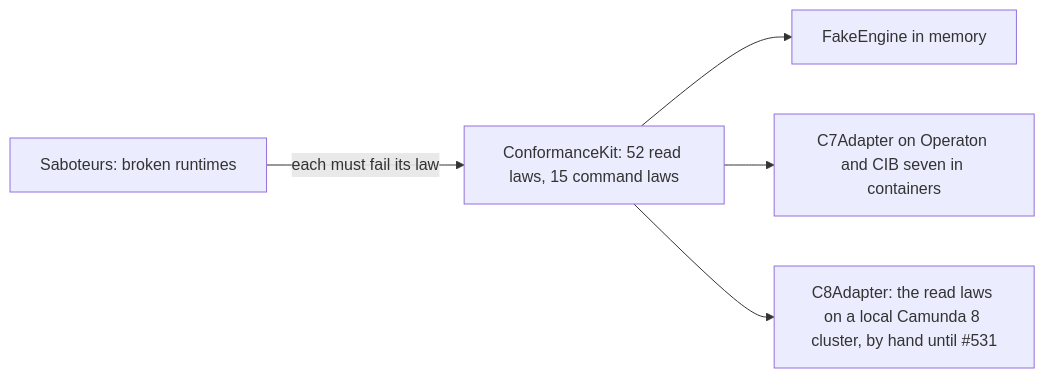
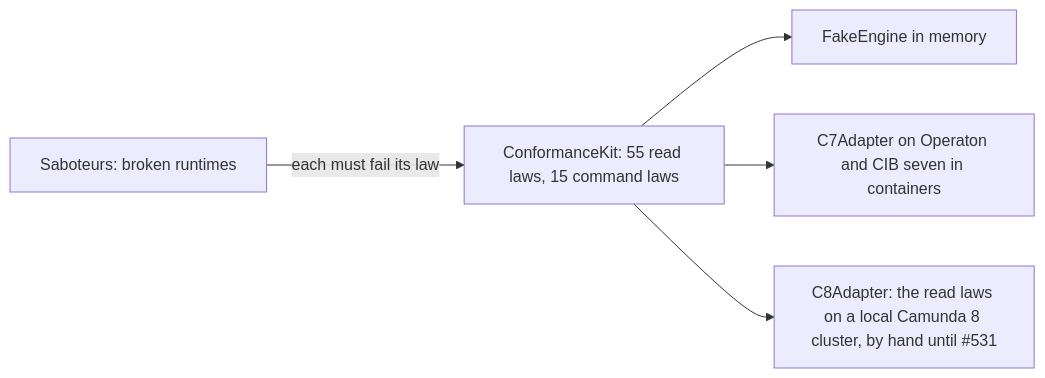
The seventh of 7 diagrams in apps/vscode/docs/architecture-overview.md (Miragon/pulse), drawn with Mermaid before and after one commit. The commit also changed other lines of this file and 216 other files, not shown here.

````diff
--- a/apps/vscode/docs/architecture-overview.md
+++ b/apps/vscode/docs/architecture-overview.md
@@ -272,8 +272,8 @@
 ```mermaid
 flowchart LR
-  kit[ConformanceKit: 52 read laws, 15 command laws]
+  kit[ConformanceKit: 55 read laws, 15 command laws]
   kit --> fake[FakeEngine in memory]
   kit --> c7[C7Adapter on Operaton and CIB seven in containers]
   kit --> c8["C8Adapter: the read laws on a local Camunda 8 cluster, by hand until #531"]
   saboteurs[Saboteurs: broken runtimes] -- each must fail its law --> kit
 ```
````
